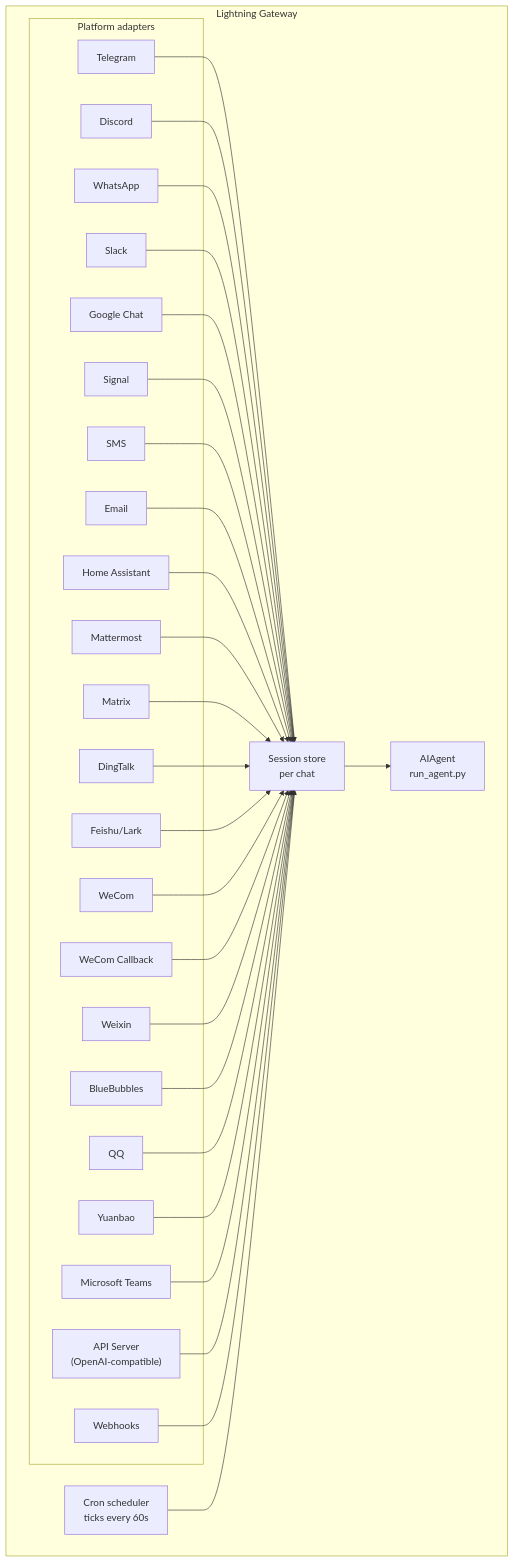
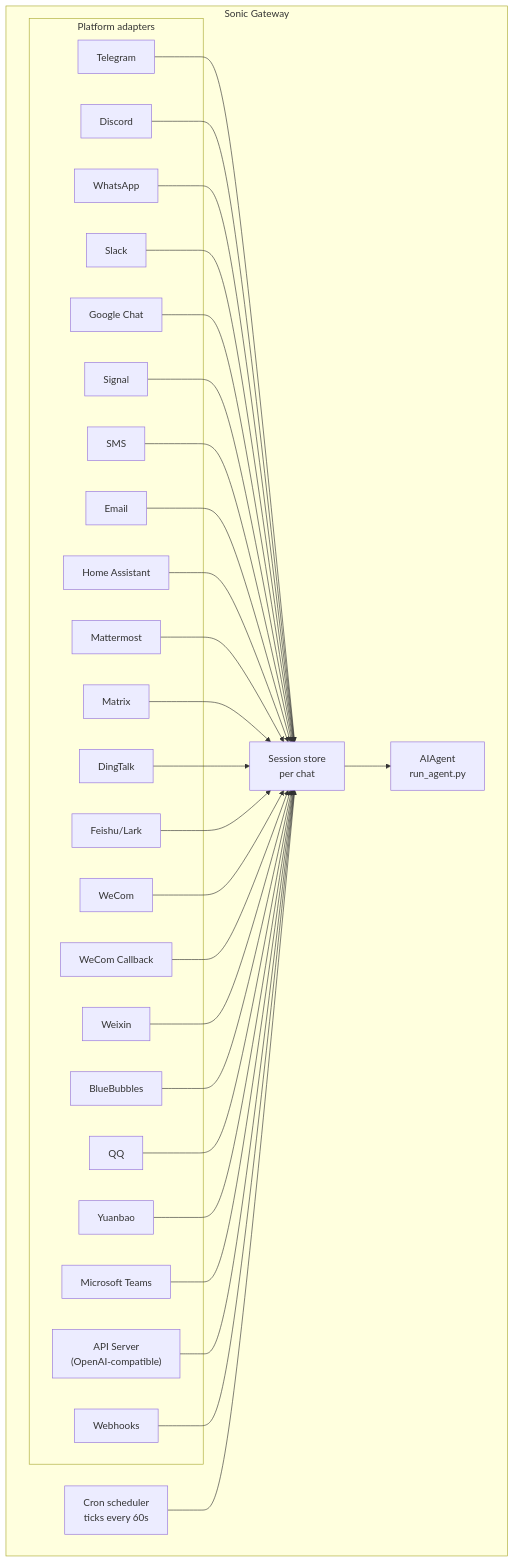
One commit to dabit3/sonic-agent changed the diagram in website/docs/user-guide/messaging/index.md. Above: the diagram before and after it, drawn with Mermaid. The commit also changed other lines of this file and 2617 other files, not shown here.

````diff
--- a/website/docs/user-guide/messaging/index.md
+++ b/website/docs/user-guide/messaging/index.md
@@ -43,58 +43,58 @@
 ```mermaid
 flowchart TB
-    subgraph Gateway["Lightning Gateway"]
+    subgraph Gateway["Sonic Gateway"]
         subgraph Adapters["Platform adapters"]
             tg[Telegram]
             dc[Discord]
             wa[WhatsApp]
             sl[Slack]
             gc[Google Chat]
             sig[Signal]
             sms[SMS]
             em[Email]
             ha[Home Assistant]
             mm[Mattermost]
             mx[Matrix]
             dt[DingTalk]
     fs[Feishu/Lark]
     wc[WeCom]
     wcb[WeCom Callback]
     wx[Weixin]
     bb[BlueBubbles]
     qq[QQ]
     yb[Yuanbao]
     ms[Microsoft Teams]
     api["API Server<br/>(OpenAI-compatible)"]
     wh[Webhooks]
         end
 
         store["Session store<br/>per chat"]
         agent["AIAgent<br/>run_agent.py"]
         cron["Cron scheduler<br/>ticks every 60s"]
     end
 
     tg --> store
     dc --> store
     wa --> store
     sl --> store
     gc --> store
     sig --> store
     sms --> store
     em --> store
     ha --> store
     mm --> store
     mx --> store
     dt --> store
     fs --> store
     wc --> store
     wcb --> store
     wx --> store
     bb --> store
     qq --> store
     yb --> store
     ms --> store
     api --> store
     wh --> store
     store --> agent
     cron --> store
 ```
````
